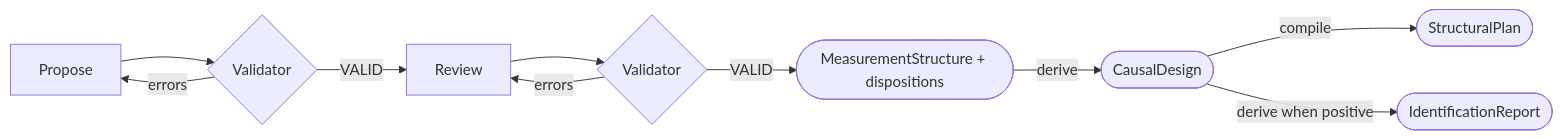
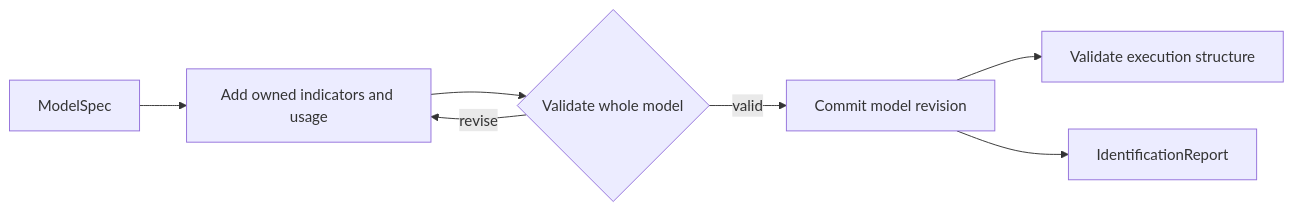
One commit to ma9o/nof1-causal-lab changed the diagram in docs/pipeline/measurement-structure.md. Above: the diagram before and after it, drawn with Mermaid. The commit also changed other lines of this file and 30 other files, not shown here.

First line of the commit message:
Document additive model architecture and agent workflows

````diff
--- a/docs/pipeline/measurement-structure.md
+++ b/docs/pipeline/measurement-structure.md
@@ -23,9 +23,9 @@
 ```mermaid
 flowchart LR
-    P[Propose] --> V1{Validator} -- errors --> P
-    V1 -- VALID --> R[Review] --> V2{Validator} -- errors --> R
-    V2 -- VALID --> M([MeasurementStructure + dispositions])
-    M -->|derive| C([CausalDesign])
-    C -->|compile| S([StructuralPlan])
-    C -->|derive when positive| I([IdentificationReport])
+    M[ModelSpec] --> P[Add owned indicators and usage]
+    P --> V{Validate whole model}
+    V -- revise --> P
+    V -- valid --> R[Commit model revision]
+    R --> S[Validate execution structure]
+    R --> I[IdentificationReport]
 ```
````
